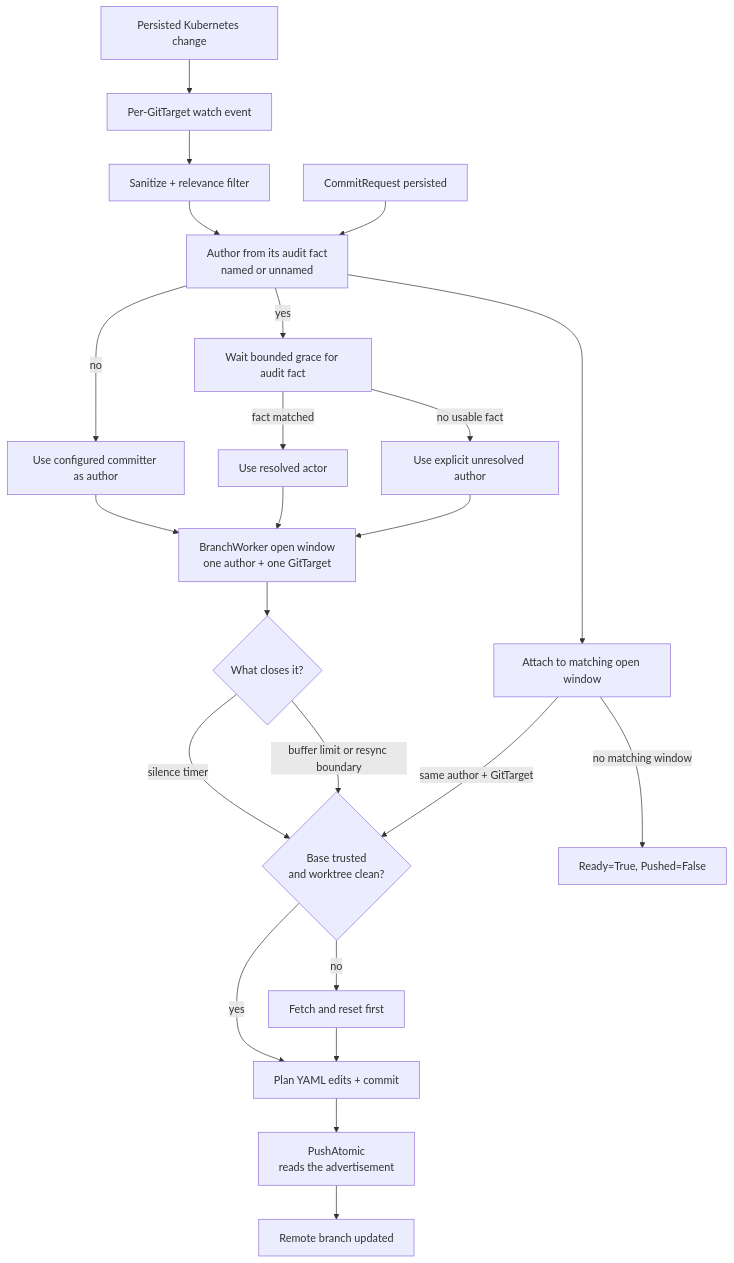
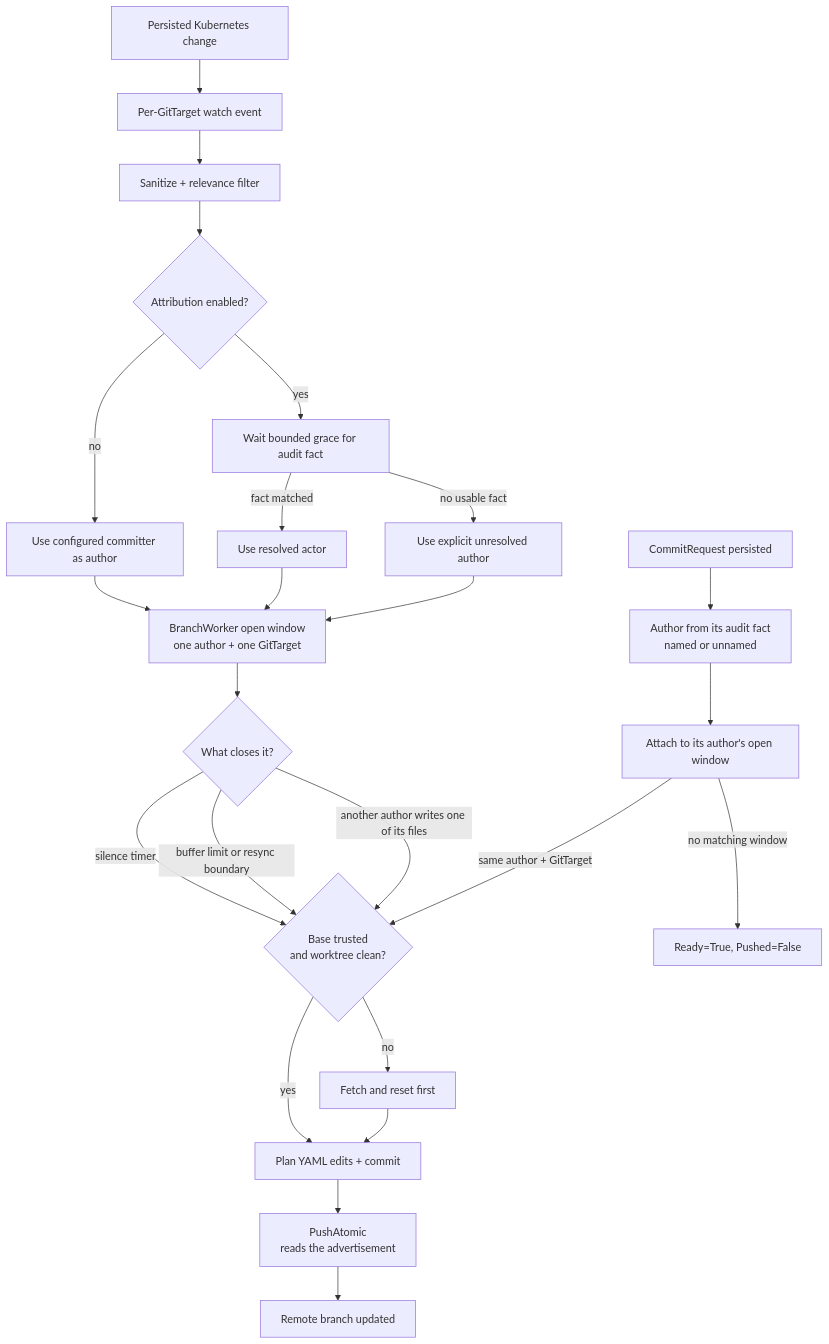
The third of 6 diagrams in docs/architecture.md (ConfigButler/gitops-reverser), drawn with Mermaid before and after one commit. The commit also changed other lines of this file and 6 other files, not shown here.

````diff
--- a/docs/architecture.md
+++ b/docs/architecture.md
@@ -732,28 +734,29 @@
 ```mermaid
 flowchart TD
     CHANGE[Persisted Kubernetes change] --> WATCH[Per-GitTarget watch event]
     WATCH --> FILTER[Sanitize + relevance filter]
     FILTER --> AUTHOR{Attribution enabled?}
     AUTHOR -->|yes| AUDIT[Wait bounded grace for audit fact]
     AUTHOR -->|no| COMMITTER[Use configured committer as author]
     AUDIT -->|fact matched| RESOLVED[Use resolved actor]
     AUDIT -->|no usable fact| UNRESOLVED[Use explicit unresolved author]
     COMMITTER --> WINDOW[BranchWorker open window<br/>one author + one GitTarget]
     RESOLVED --> WINDOW
     UNRESOLVED --> WINDOW
 
     WINDOW --> TIMER{What closes it?}
     TIMER -->|silence timer| BASE
     TIMER -->|buffer limit or resync boundary| BASE
+    TIMER -->|another author writes one of its files| BASE
 
-    CR[CommitRequest persisted] --> AUTHOR[Author from its audit fact<br/>named or unnamed]
-    AUTHOR --> ATTACH[Attach to matching open window]
+    CR[CommitRequest persisted] --> CRAUTHOR[Author from its audit fact<br/>named or unnamed]
+    CRAUTHOR --> ATTACH[Attach to its author's open window]
     ATTACH -->|same author + GitTarget| BASE
     ATTACH -->|no matching window| BENIGN[Ready=True, Pushed=False]
 
     BASE{Base trusted<br/>and worktree clean?} -->|yes| FLUSH
     BASE -->|no| FETCH[Fetch and reset first]
     FETCH --> FLUSH[Plan YAML edits + commit]
     FLUSH --> PUSH[PushAtomic<br/>reads the advertisement]
     PUSH --> DONE[Remote branch updated]
 ```
````
